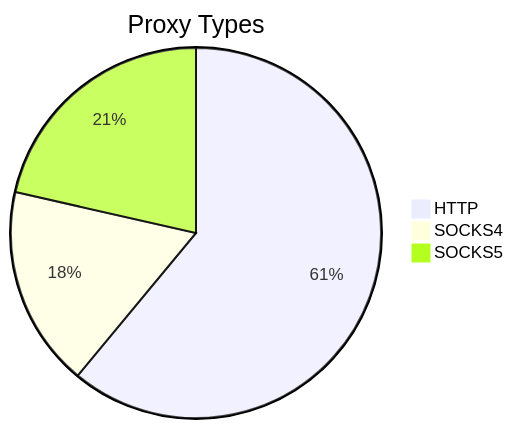
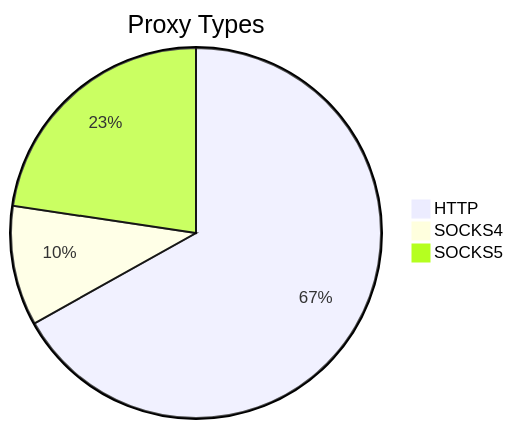
One commit to stormsia/proxy-list changed the first of 2 diagrams in README.md. Above: the diagram before and after it, drawn with Mermaid. The commit also changed other lines of this file, not shown here.

````diff
--- a/README.md
+++ b/README.md
@@ -21,6 +21,6 @@
 ```mermaid
 pie title Proxy Types
-    "HTTP" : 515
-    "SOCKS4" : 148
-    "SOCKS5" : 181
+    "HTTP" : 313
+    "SOCKS4" : 49
+    "SOCKS5" : 106
 ```
````
